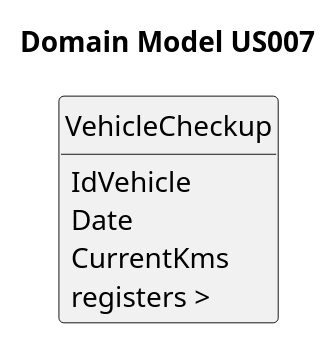
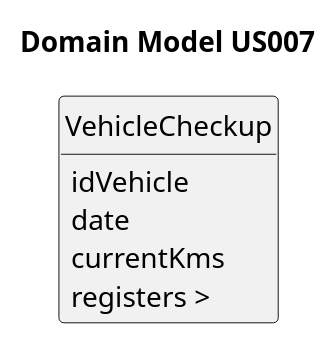
The diagram in docs/sprintA/us007/02.analysis/puml/us007-domain-model.puml (RicardoMorim/lapr2-ISEP-Project), drawn with PlantUML before and after one commit. The commit also changed 1 other file, not shown here.

```diff
--- a/docs/sprintA/us007/02.analysis/puml/us007-domain-model.puml
+++ b/docs/sprintA/us007/02.analysis/puml/us007-domain-model.puml
@@ -1,20 +1,20 @@
 @startuml
 skinparam monochrome true
 skinparam packageStyle rectangle
 skinparam shadowing false
 
 skinparam classAttributeIconSize 0
 
 hide circle
 hide methods
 
 title Domain Model US007
 
 class VehicleCheckup {
-    IdVehicle
-    Date
-    CurrentKms
+    idVehicle
+    date
+    currentKms
 }
 
 VehicleCheckup : registers >
 @enduml
```
